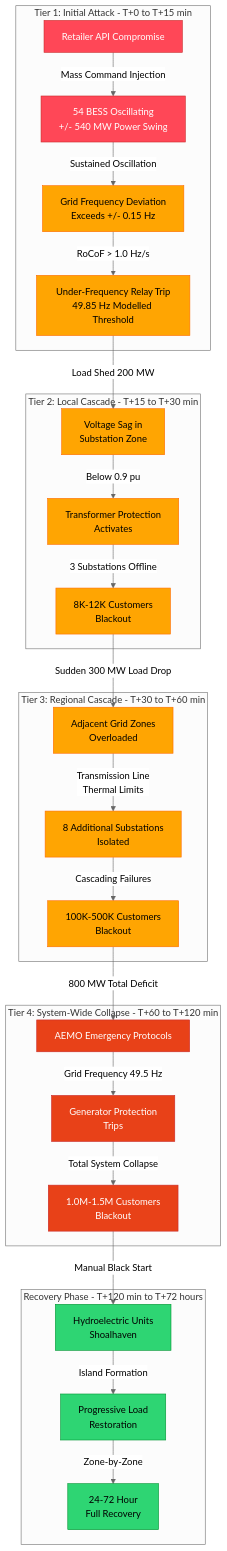
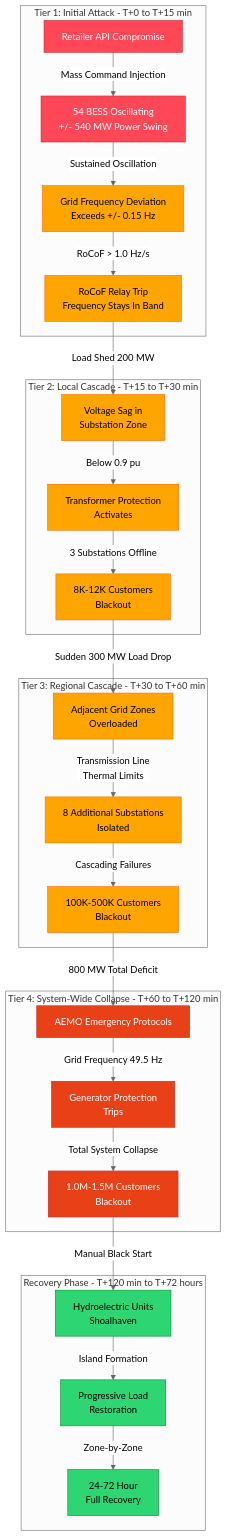
Before and after one commit to Planet9V/eigenia: the second of 11 diagrams in references/WG-04-CF-Cascading-Failures/WG-04-CF-Cascading Failure Hypothesis.md, drawn with Mermaid (neutral theme). The commit also changed other lines of this file, not shown here.

First line of the commit message:
fix(content): rebuild cascade initiation on RoCoF rather than an absolute frequency threshold

````diff
--- a/references/WG-04-CF-Cascading-Failures/WG-04-CF-Cascading Failure Hypothesis.md
+++ b/references/WG-04-CF-Cascading-Failures/WG-04-CF-Cascading Failure Hypothesis.md
@@ -636,42 +640,42 @@
 ```mermaid
 graph TB
     subgraph "Tier 1: Initial Attack - T+0 to T+15 min"
         A1[Retailer API Compromise] -->|Mass Command Injection| A2[54 BESS Oscillating<br/>+/- 540 MW Power Swing]
         A2 -->|Sustained Oscillation| A3[Grid Frequency Deviation<br/>Exceeds +/- 0.15 Hz]
-        A3 -->|RoCoF > 1.0 Hz/s| A4[Under-Frequency Relay Trip<br/>49.85 Hz Modelled Threshold]
+        A3 -->|RoCoF > 1.0 Hz/s| A4[RoCoF Relay Trip<br/>Frequency Stays In Band]
     end
 
     subgraph "Tier 2: Local Cascade - T+15 to T+30 min"
         A4 -->|Load Shed 200 MW| B1[Voltage Sag in<br/>Substation Zone]
         B1 -->|Below 0.9 pu| B2[Transformer Protection<br/>Activates]
         B2 -->|3 Substations Offline| B3[8K-12K Customers<br/>Blackout]
     end
 
     subgraph "Tier 3: Regional Cascade - T+30 to T+60 min"
         B3 -->|Sudden 300 MW Load Drop| C1[Adjacent Grid Zones<br/>Overloaded]
         C1 -->|Transmission Line<br/>Thermal Limits| C2[8 Additional Substations<br/>Isolated]
         C2 -->|Cascading Failures| C3[100K-500K Customers<br/>Blackout]
     end
 
     subgraph "Tier 4: System-Wide Collapse - T+60 to T+120 min"
         C3 -->|800 MW Total Deficit| D1[AEMO Emergency Protocols]
         D1 -->|Grid Frequency 49.5 Hz| D2[Generator Protection<br/>Trips]
         D2 -->|Total System Collapse| D3[1.0M-1.5M Customers<br/>Blackout]
     end
 
     subgraph "Recovery Phase - T+120 min to T+72 hours"
         D3 -->|Manual Black Start| E1[Hydroelectric Units<br/>Shoalhaven]
         E1 -->|Island Formation| E2[Progressive Load<br/>Restoration]
         E2 -->|Zone-by-Zone| E3[24-72 Hour<br/>Full Recovery]
     end
 
     classDef attack fill:#ff4757,stroke:#c92a2a,color:#fff
     classDef cascade fill:#ffa502,stroke:#ff6b00,color:#000
     classDef collapse fill:#e84118,stroke:#c92a2a,color:#fff
     classDef recovery fill:#2ed573,stroke:#009432,color:#000
 
     class A1,A2 attack
     class A3,A4,B1,B2,B3,C1,C2,C3 cascade
     class D1,D2,D3 collapse
     class E1,E2,E3 recovery
 ```
````
